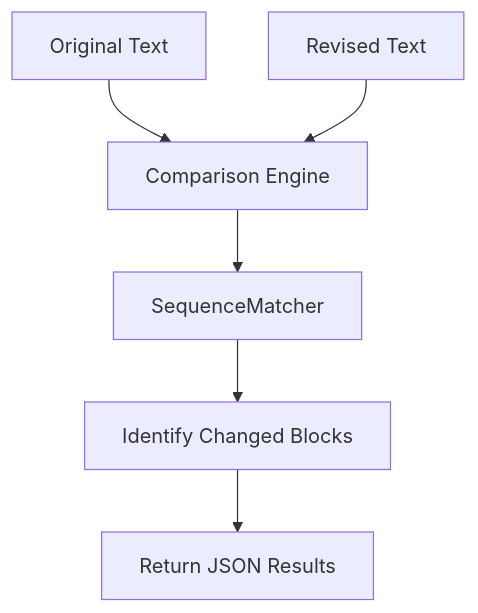
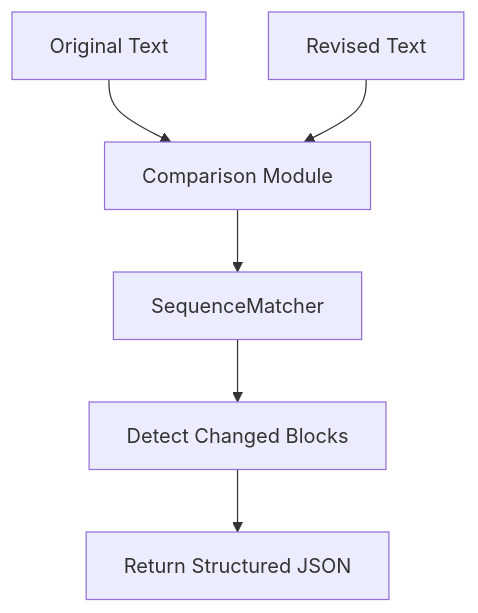
One commit to rajshreesinha-23/regulalens-ai changed the third of 4 diagrams in README.md. Above: the diagram before and after it, drawn with Mermaid. The commit also changed other lines of this file, not shown here.

````diff
--- a/README.md
+++ b/README.md
@@ -150,8 +167,8 @@
 ```mermaid
 flowchart TD
-    A[Original Text] --> C[Comparison Engine]
+    A[Original Text] --> C[Comparison Module]
     B[Revised Text] --> C
     C --> D[SequenceMatcher]
-    D --> E[Identify Changed Blocks]
-    E --> F[Return JSON Results]
+    D --> E[Detect Changed Blocks]
+    E --> F[Return Structured JSON]
 ```
````
